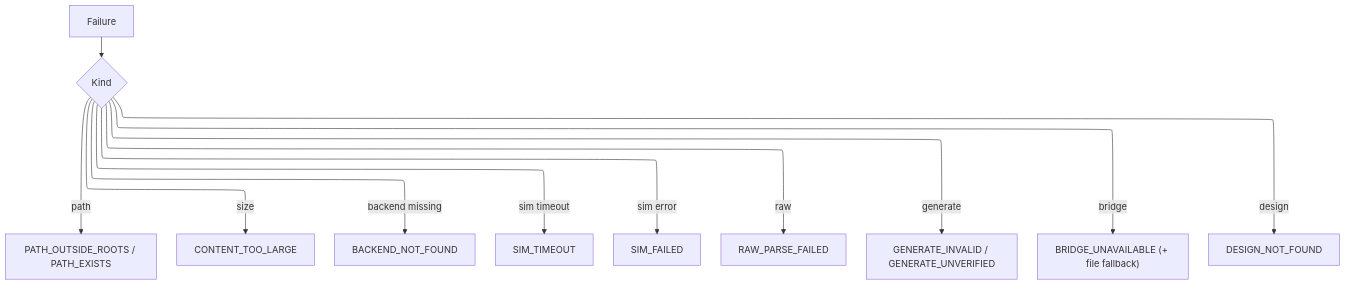
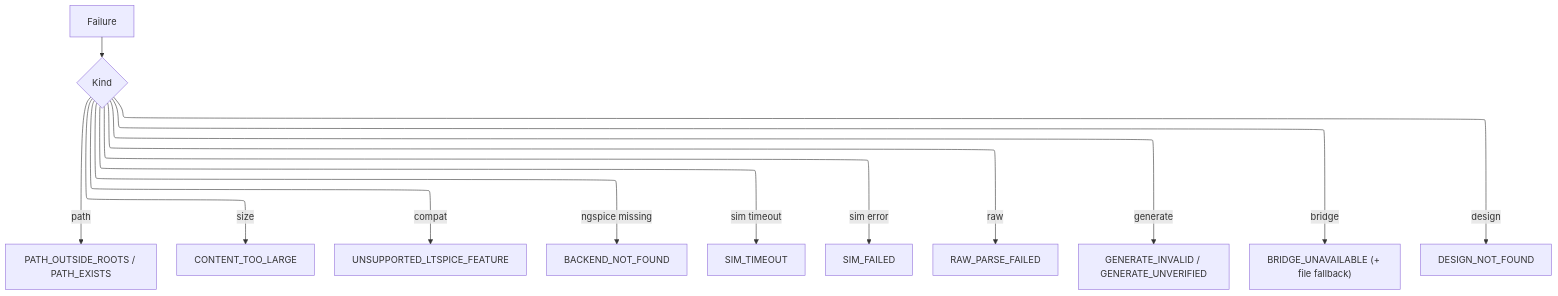
One commit to sohampatwardhan/openspice-mcp changed the seventh of 7 diagrams in .kiro/specs/openspice-mcp/design.md. Above: the diagram before and after it, drawn with Mermaid. The commit also changed other lines of this file and 4 other files, not shown here.

First line of the commit message:
docs(spec): make ngspice the sole engine with LTspice file fidelity

````diff
--- a/.kiro/specs/openspice-mcp/design.md
+++ b/.kiro/specs/openspice-mcp/design.md
@@ -424,17 +380,18 @@
 ```mermaid
 ---
 config:
   layout: elk
 ---
 flowchart TB
   fail["Failure"] --> kind{"Kind"}
   kind -->|"path"| path["PATH_OUTSIDE_ROOTS / PATH_EXISTS"]
   kind -->|"size"| size["CONTENT_TOO_LARGE"]
-  kind -->|"backend missing"| be["BACKEND_NOT_FOUND"]
+  kind -->|"compat"| compat["UNSUPPORTED_LTSPICE_FEATURE"]
+  kind -->|"ngspice missing"| be["BACKEND_NOT_FOUND"]
   kind -->|"sim timeout"| to["SIM_TIMEOUT"]
   kind -->|"sim error"| sf["SIM_FAILED"]
   kind -->|"raw"| raw["RAW_PARSE_FAILED"]
   kind -->|"generate"| gen["GENERATE_INVALID / GENERATE_UNVERIFIED"]
   kind -->|"bridge"| br["BRIDGE_UNAVAILABLE (+ file fallback)"]
   kind -->|"design"| dn["DESIGN_NOT_FOUND"]
 ```
````
